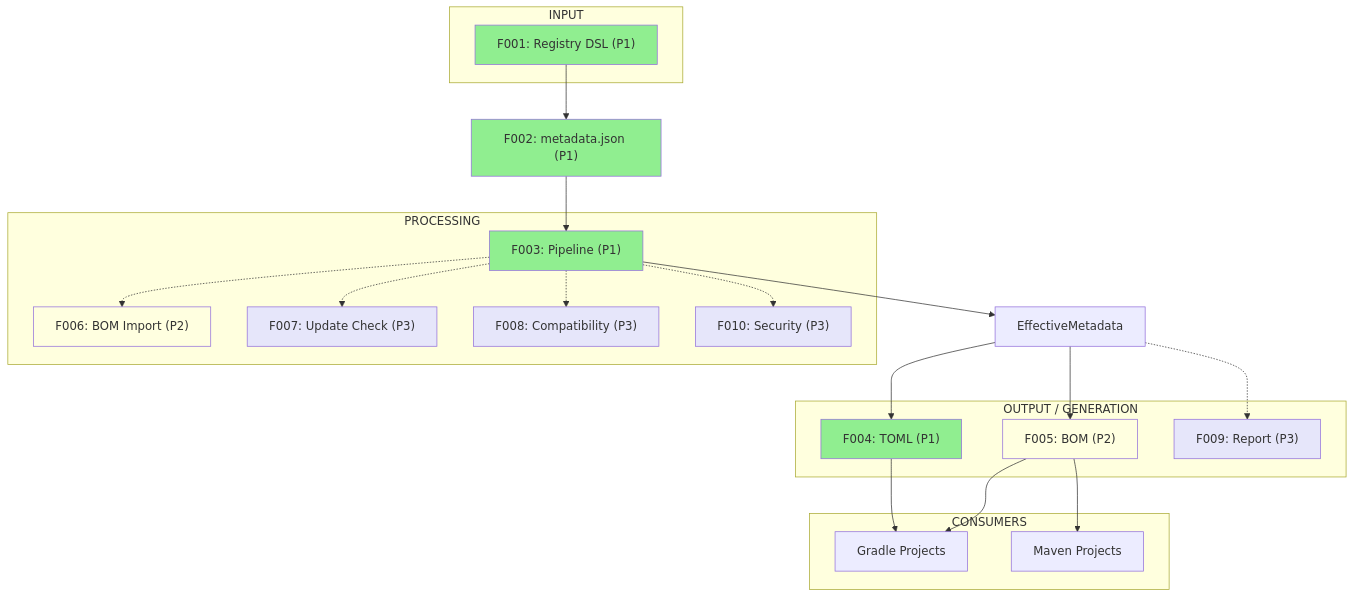
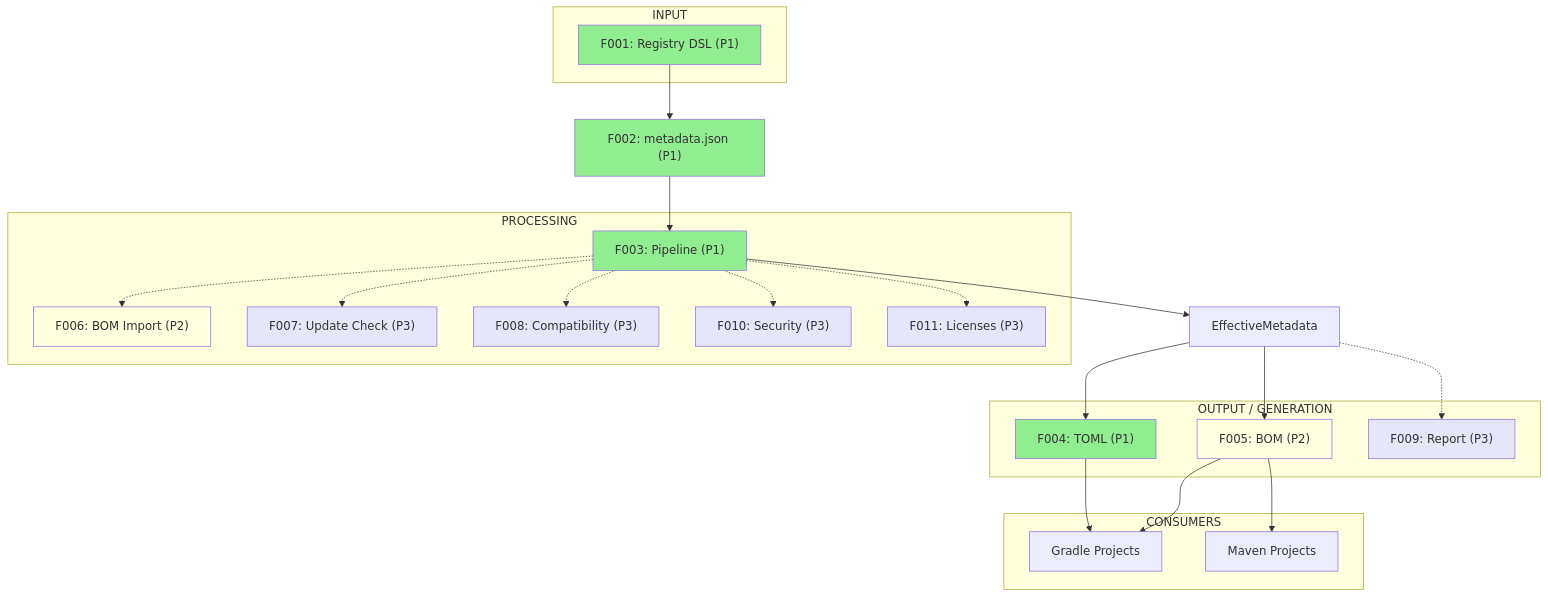
One commit to zenhelix/dependanger changed the first of 2 diagrams in docs/02-features/index.adoc. Above: the diagram before and after it, drawn with Mermaid. The commit also changed other lines of this file and 3 other files, not shown here.

```diff
--- a/docs/02-features/index.adoc
+++ b/docs/02-features/index.adoc
@@ -16,54 +16,57 @@
 [mermaid,target=architecture-flow,format=svg]
 ----
 flowchart TD
     subgraph Inputs["INPUT"]
         F001["F001: Registry DSL (P1)"]
     end
 
     F001 --> F002["F002: metadata.json (P1)"]
 
     subgraph Processing["PROCESSING"]
         F003["F003: Pipeline (P1)"]
         F006["F006: BOM Import (P2)"]
         F007["F007: Update Check (P3)"]
         F008["F008: Compatibility (P3)"]
         F010["F010: Security (P3)"]
+        F011["F011: Licenses (P3)"]
     end
 
     F002 --> F003
     F003 -.-> F006
     F003 -.-> F007
     F003 -.-> F008
     F003 -.-> F010
+    F003 -.-> F011
     F003 --> EM["EffectiveMetadata"]
 
     subgraph Output["OUTPUT / GENERATION"]
         F004["F004: TOML (P1)"]
         F005["F005: BOM (P2)"]
         F009["F009: Report (P3)"]
     end
 
     EM --> F004
     EM --> F005
     EM -.-> F009
 
     subgraph Consumers["CONSUMERS"]
         Gradle["Gradle Projects"]
         Maven["Maven Projects"]
     end
 
     F004 --> Gradle
     F005 --> Maven
     F005 --> Gradle
 
     style F001 fill:#90EE90
     style F002 fill:#90EE90
     style F003 fill:#90EE90
     style F004 fill:#90EE90
     style F005 fill:#FFFFE0
     style F006 fill:#FFFFE0
     style F007 fill:#E6E6FA
     style F008 fill:#E6E6FA
     style F009 fill:#E6E6FA
     style F010 fill:#E6E6FA
+    style F011 fill:#E6E6FA
 ----
```
